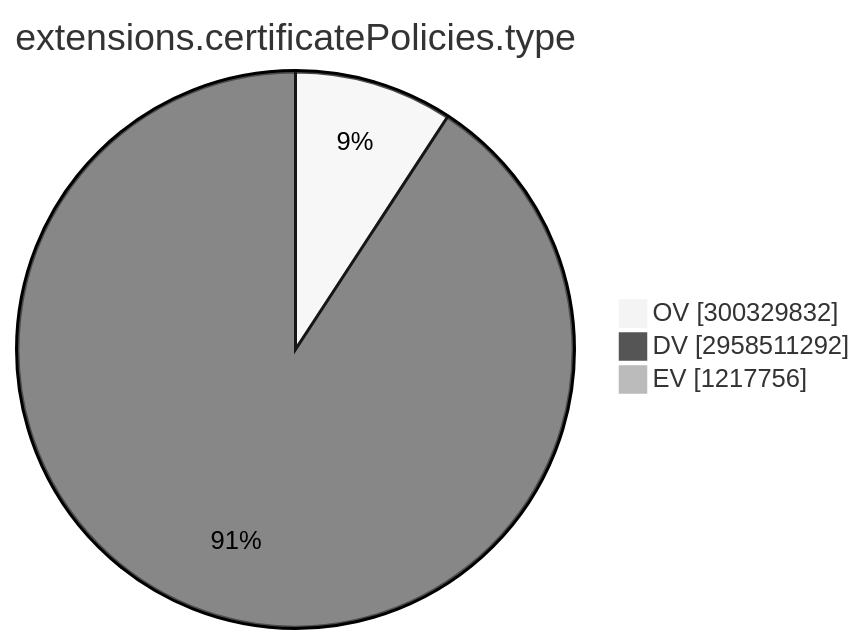
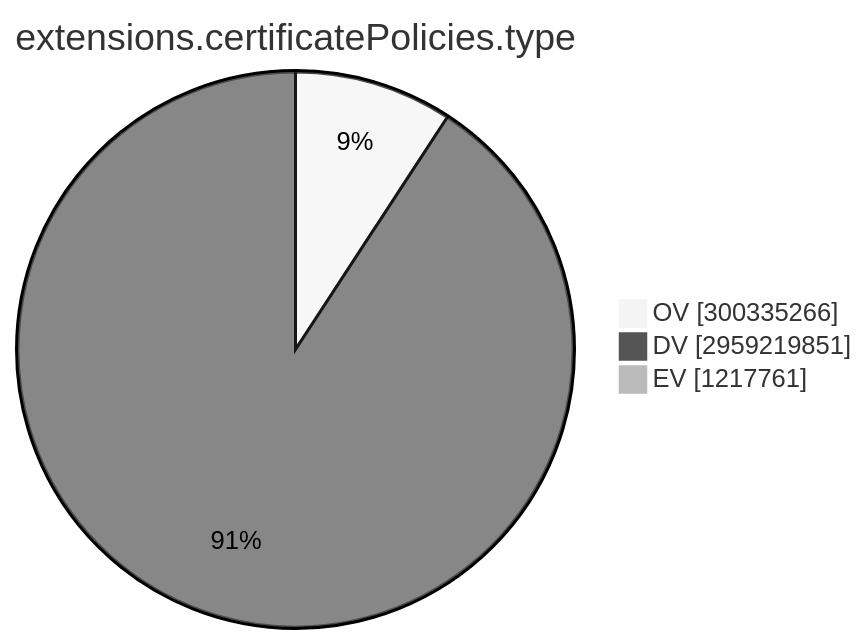
Before and after one commit to christiankrug/ctmonitor_visualization: the ninth of 15 diagrams in TOTAL/README.md, drawn with Mermaid (neutral theme). The commit also changed other lines of this file, not shown here.

````diff
--- a/TOTAL/README.md
+++ b/TOTAL/README.md
@@ -3101,7 +3101,7 @@
 ```mermaid
 pie showData
 title extensions.certificatePolicies.type
-"OV" :300329832
-"DV" :2958511292
-"EV" :1217756
+"OV" :300335266
+"DV" :2959219851
+"EV" :1217761
 ```
````
